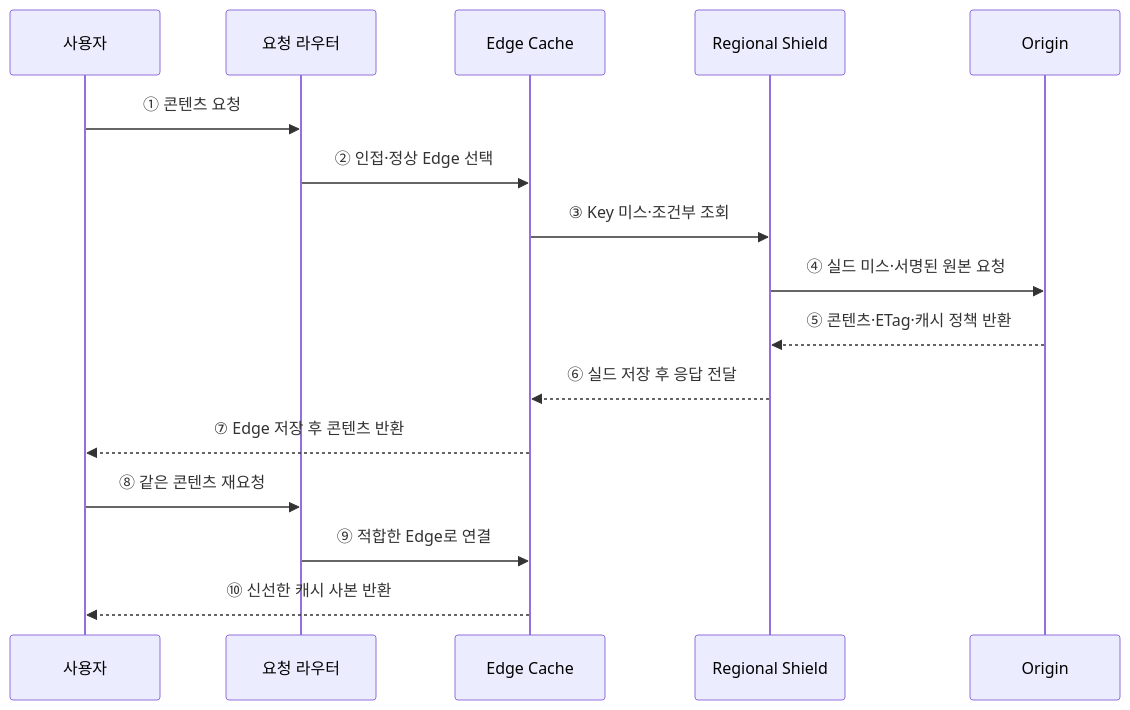
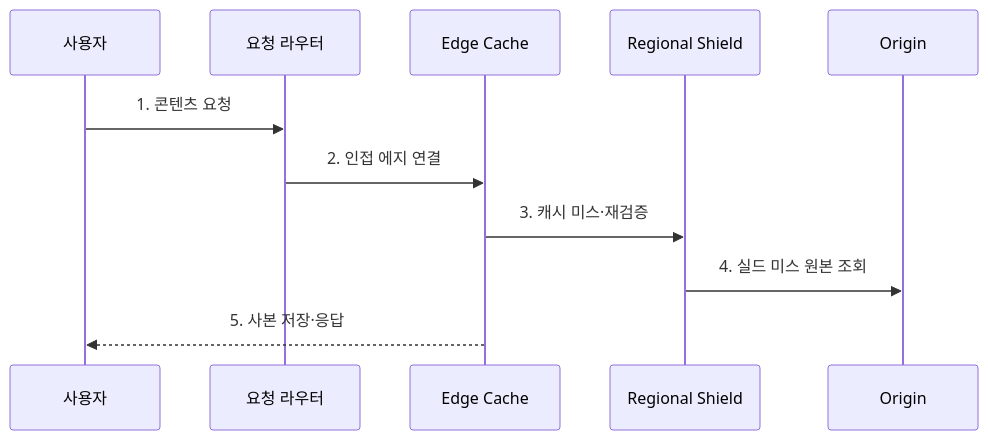
The second of 2 diagrams in src/content/docs/notes/03-software/181_cdn.md (agnusdei1207/knowledge-base), drawn with Mermaid before and after one commit. The commit also changed other lines of this file and 20 other files, not shown here.

````diff
--- a/src/content/docs/notes/03-software/181_cdn.md
+++ b/src/content/docs/notes/03-software/181_cdn.md
@@ -74,18 +83,13 @@
 ```mermaid
 sequenceDiagram
     participant U as 사용자
     participant R as 요청 라우터
     participant E as Edge Cache
     participant S as Regional Shield
     participant O as Origin
-    U->>R: ① 콘텐츠 요청
-    R->>E: ② 인접·정상 Edge 선택
-    E->>S: ③ Key 미스·조건부 조회
-    S->>O: ④ 실드 미스·서명된 원본 요청
-    O-->>S: ⑤ 콘텐츠·ETag·캐시 정책 반환
-    S-->>E: ⑥ 실드 저장 후 응답 전달
-    E-->>U: ⑦ Edge 저장 후 콘텐츠 반환
-    U->>R: ⑧ 같은 콘텐츠 재요청
-    R->>E: ⑨ 적합한 Edge로 연결
-    E-->>U: ⑩ 신선한 캐시 사본 반환
+    U->>R: 1. 콘텐츠 요청
+    R->>E: 2. 인접 에지 연결
+    E->>S: 3. 캐시 미스·재검증
+    S->>O: 4. 실드 미스 원본 조회
+    E-->>U: 5. 사본 저장·응답
 ```
````
